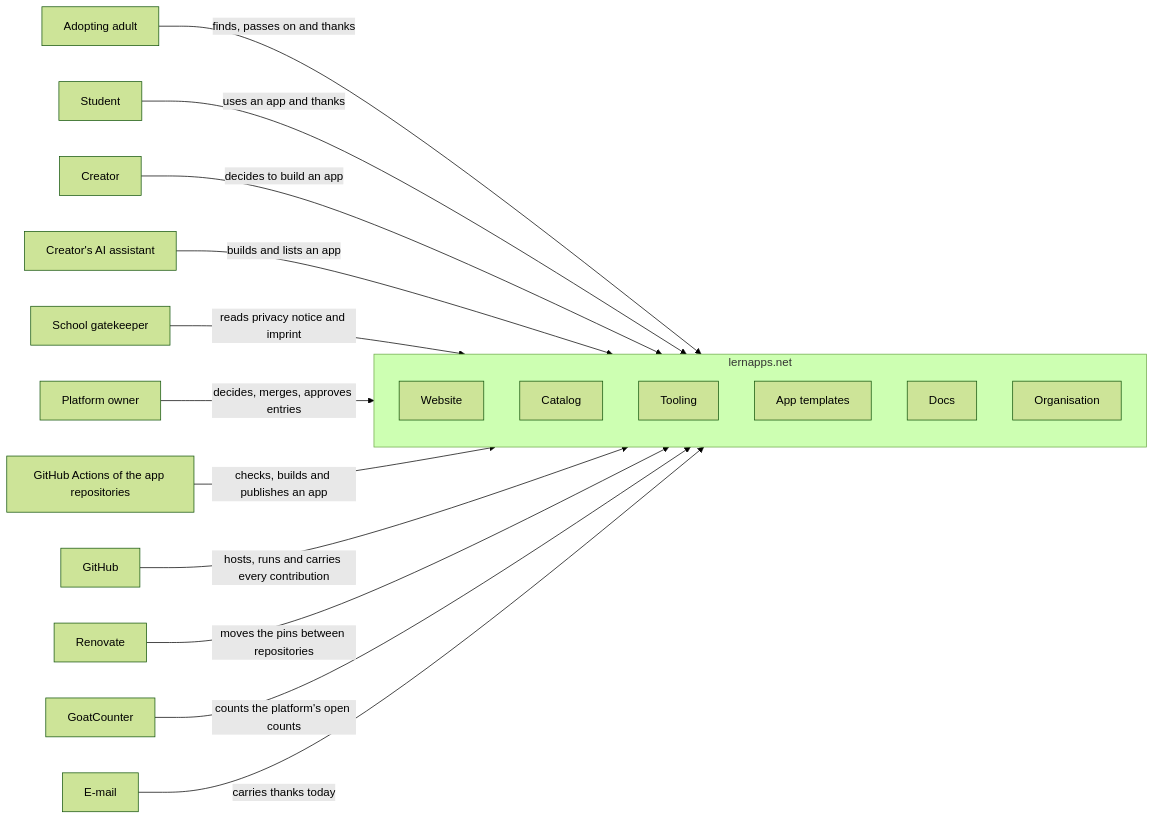
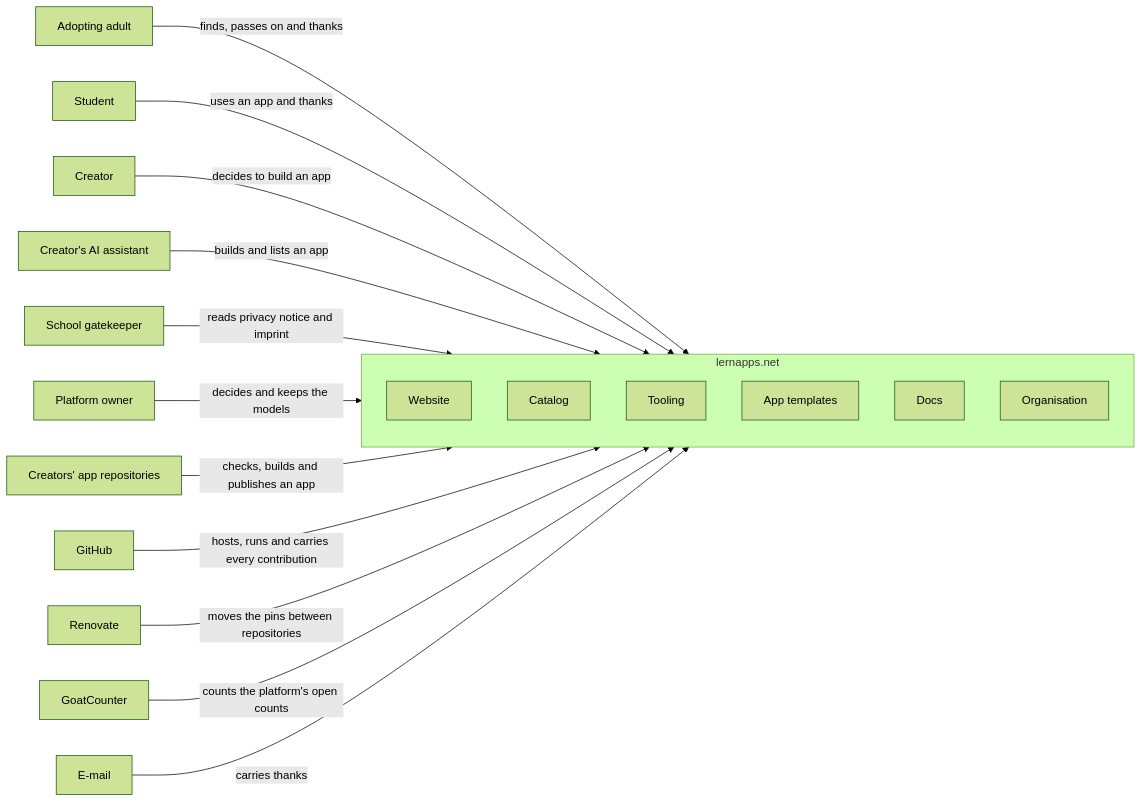
Before and after one commit to lernapps/docs: the diagram in docs/arc42/03-system-context.arc42.md, drawn with Mermaid (forest theme). The commit also changed other lines of this file and 33 other files, not shown here.

First line of the commit message:
feat(docs): the start page is an overview of the target state, generated from platform design and architecture (#50)

````diff
--- a/docs/arc42/03-system-context.arc42.md
+++ b/docs/arc42/03-system-context.arc42.md
@@ -18,33 +18,33 @@
 ```mermaid
 flowchart LR
     actor-adopting-adult["Adopting adult"]
     actor-student["Student"]
     actor-creator["Creator"]
     actor-ai-assistant["Creator's AI assistant"]
     actor-gatekeeper["School gatekeeper"]
     actor-platform-owner["Platform owner"]
-    actor-app-repo-actions["GitHub Actions of the app repositories"]
+    actor-app-repo-actions["Creators' app repositories"]
     actor-github["GitHub"]
     actor-renovate["Renovate"]
     actor-goatcounter["GoatCounter"]
     actor-email["E-mail"]
     subgraph system["lernapps.net"]
         bb-website["Website"]
         bb-catalog["Catalog"]
         bb-tooling["Tooling"]
         bb-app-templates["App templates"]
         bb-docs["Docs"]
         bb-org["Organisation"]
     end
     actor-adopting-adult -->|"finds, passes on and thanks"| system
     actor-student -->|"uses an app and thanks"| system
     actor-creator -->|"decides to build an app"| system
     actor-ai-assistant -->|"builds and lists an app"| system
     actor-gatekeeper -->|"reads privacy notice and imprint"| system
-    actor-platform-owner -->|"decides, merges, approves entries"| system
+    actor-platform-owner -->|"decides and keeps the models"| system
     actor-app-repo-actions -->|"checks, builds and publishes an app"| system
     actor-github -->|"hosts, runs and carries every contribution"| system
     actor-renovate -->|"moves the pins between repositories"| system
     actor-goatcounter -->|"counts the platform's open counts"| system
-    actor-email -->|"carries thanks today"| system
+    actor-email -->|"carries thanks"| system
 ```
````
